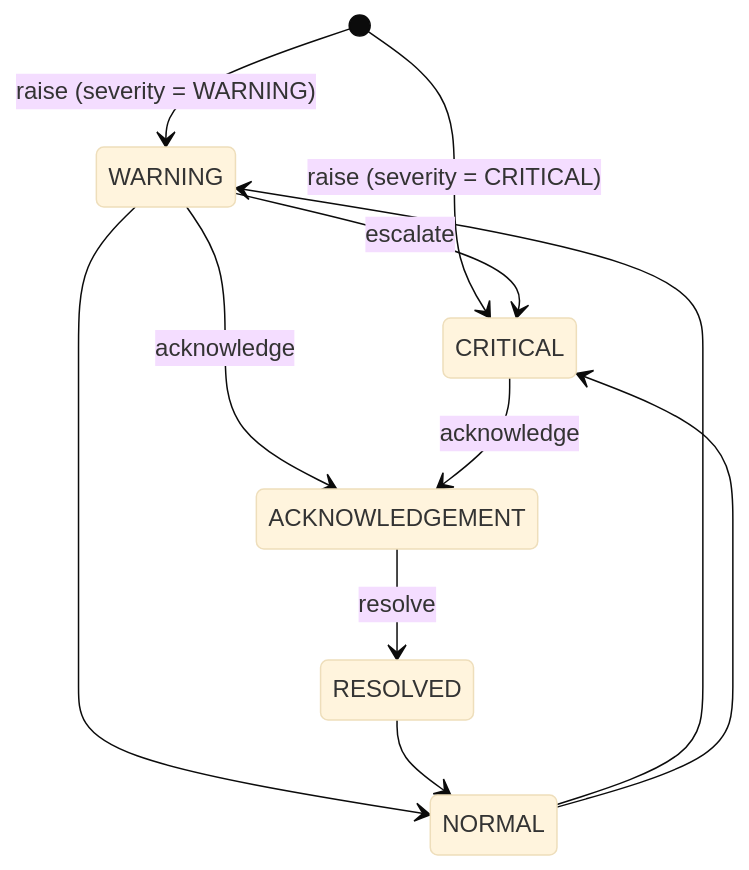
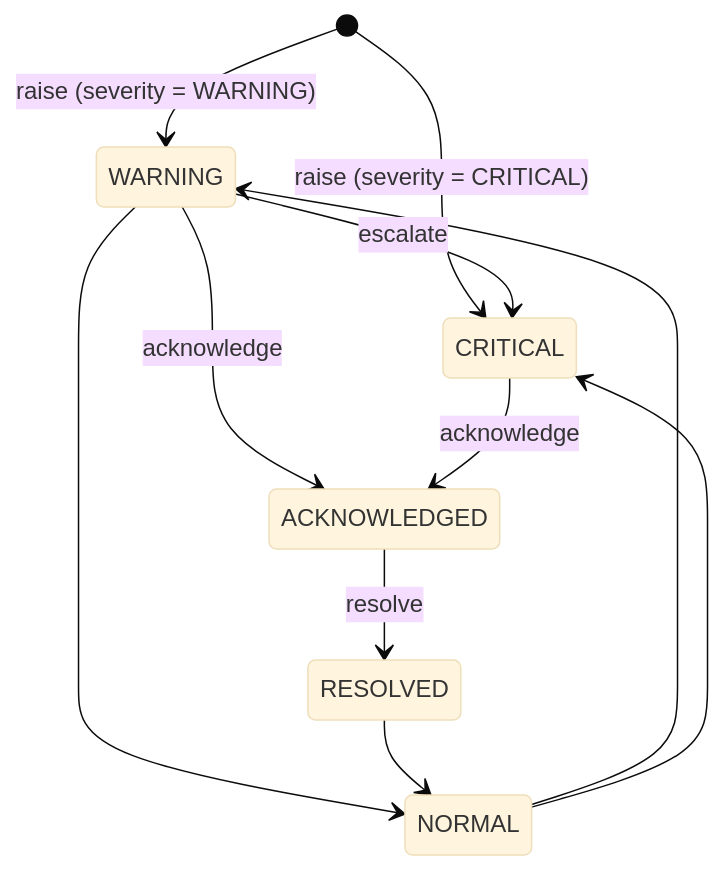
Before and after one commit to alisha971/asset-monitoring-api: the second of 2 diagrams in docs/domain_model.md, drawn with Mermaid (base theme). The commit also changed other lines of this file and 2 other files, not shown here.

Commit message:
docs: update README, domain model and repository layer docs

````diff
--- a/docs/domain_model.md
+++ b/docs/domain_model.md
@@ -119,18 +119,18 @@
 ```mermaid
 stateDiagram-v2
     [*] --> WARNING : raise (severity = WARNING)
     [*] --> CRITICAL : raise (severity = CRITICAL)
 
     NORMAL --> WARNING
     NORMAL --> CRITICAL
 
     WARNING --> CRITICAL : escalate
-    WARNING --> ACKNOWLEDGEMENT : acknowledge
+    WARNING --> ACKNOWLEDGED : acknowledge
     WARNING --> NORMAL
 
-    CRITICAL --> ACKNOWLEDGEMENT : acknowledge
+    CRITICAL --> ACKNOWLEDGED : acknowledge
 
-    ACKNOWLEDGEMENT --> RESOLVED : resolve
+    ACKNOWLEDGED --> RESOLVED : resolve
 
     RESOLVED --> NORMAL
 ```
````
